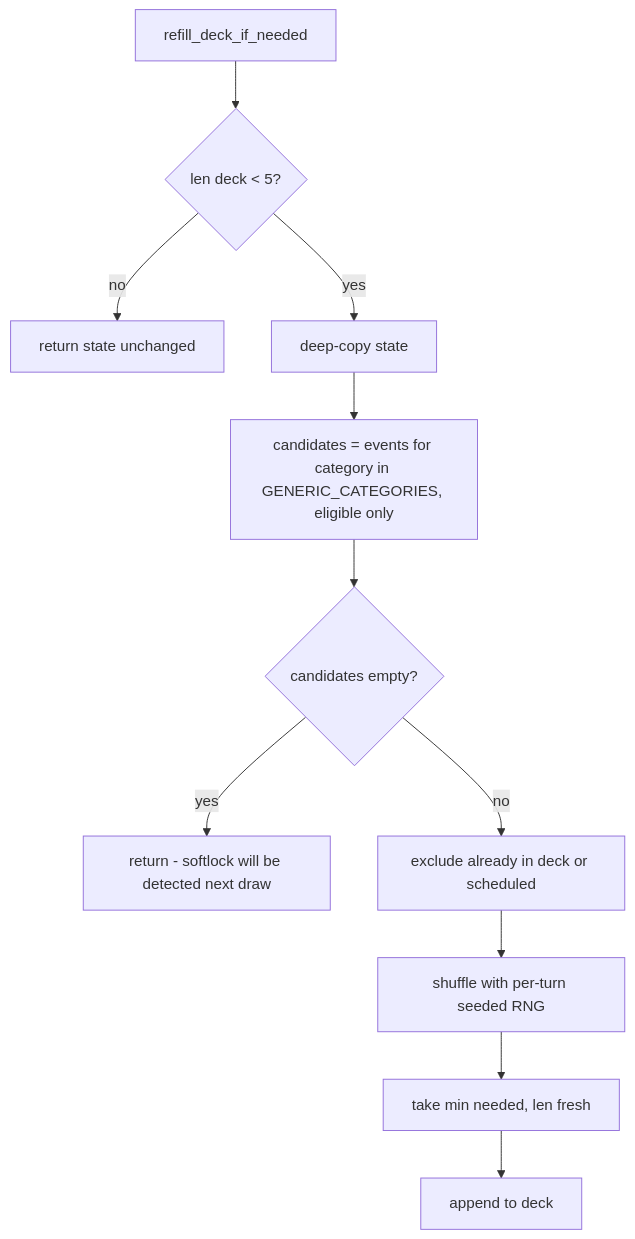
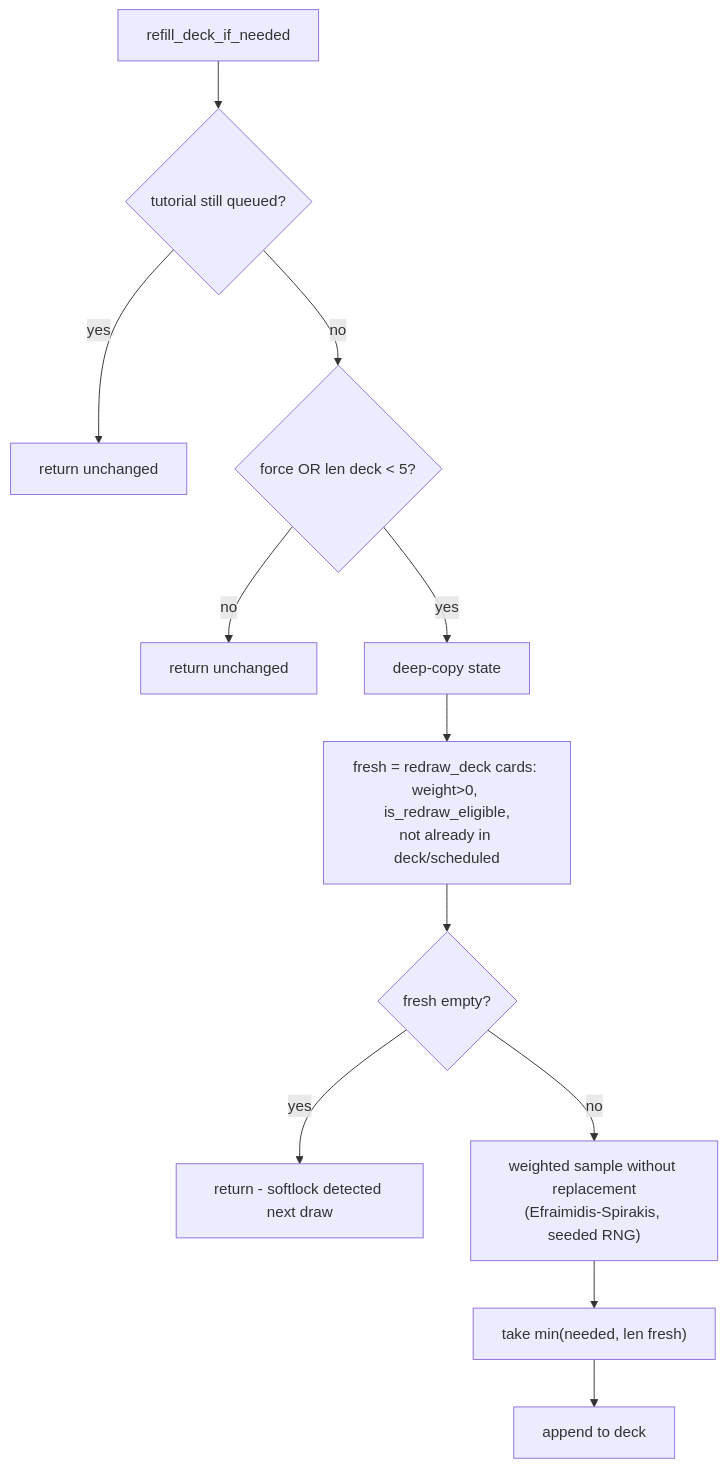
One commit to Scarred95/FATCHAD changed the fifth of 5 diagrams in documentation/backend_documentation/GAME_FLOW.md. Above: the diagram before and after it, drawn with Mermaid. The commit also changed other lines of this file and 12 other files, not shown here.

First line of the commit message:
docs: restructure doc-set, accuracy audit + guest flow

````diff
--- a/documentation/backend_documentation/GAME_FLOW.md
+++ b/documentation/backend_documentation/GAME_FLOW.md
@@ -184,13 +214,14 @@
 ```mermaid
 flowchart TD
-    A[refill_deck_if_needed] --> B{len deck < 5?}
-    B -- no --> X[return state unchanged]
+    A[refill_deck_if_needed] --> T{tutorial still queued?}
+    T -- yes --> X0[return unchanged]
+    T -- no --> B{force OR len deck < 5?}
+    B -- no --> X[return unchanged]
     B -- yes --> C[deep-copy state]
-    C --> D["candidates = events for category in GENERIC_CATEGORIES, eligible only"]
-    D --> E{candidates empty?}
-    E -- yes --> Y[return - softlock will be detected next draw]
-    E -- no --> F[exclude already in deck or scheduled]
-    F --> G[shuffle with per-turn seeded RNG]
-    G --> H["take min needed, len fresh"]
-    H --> I[append to deck]
+    C --> D["fresh = redraw_deck cards: weight>0, is_redraw_eligible,<br/>not already in deck/scheduled"]
+    D --> E{fresh empty?}
+    E -- yes --> Y[return - softlock detected next draw]
+    E -- no --> F["weighted sample without replacement<br/>(Efraimidis-Spirakis, seeded RNG)"]
+    F --> G["take min(needed, len fresh)"]
+    G --> H[append to deck]
 ```
````
